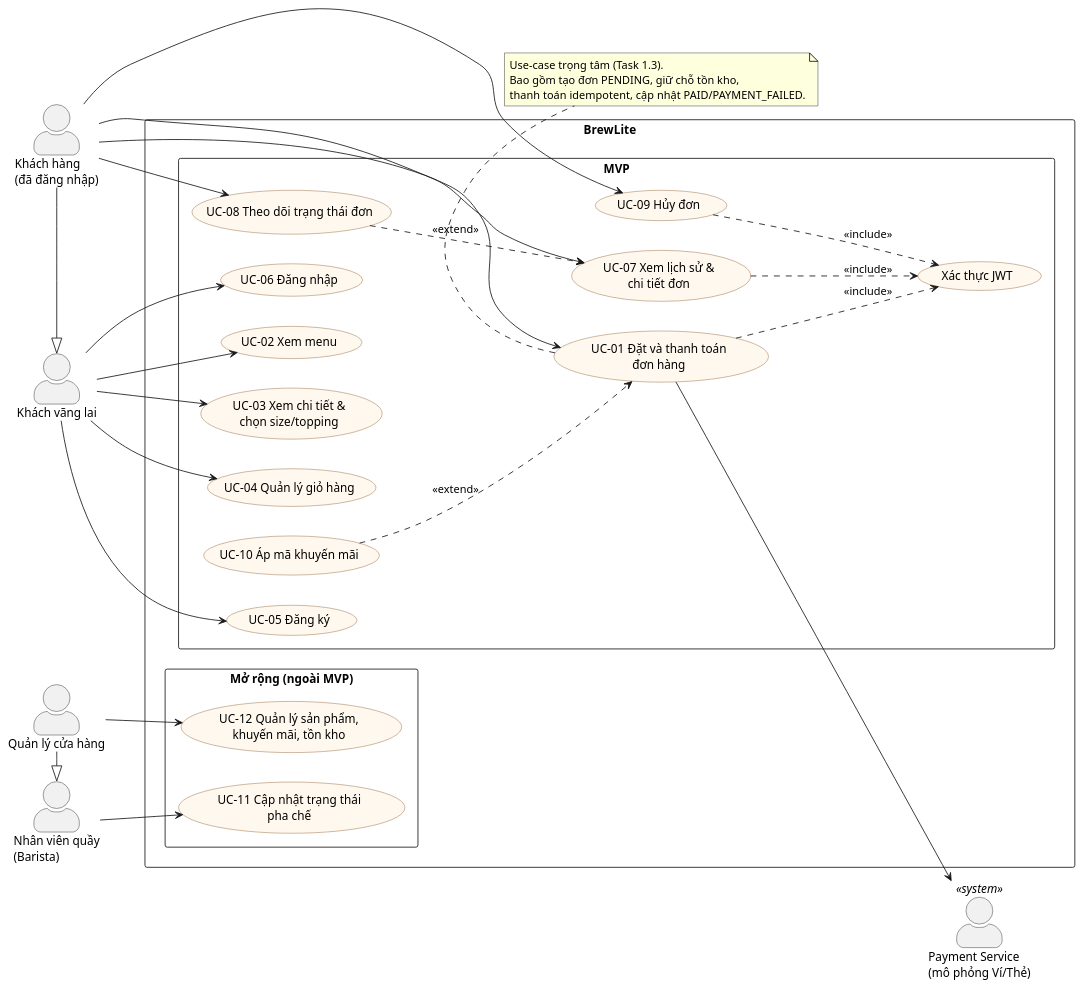
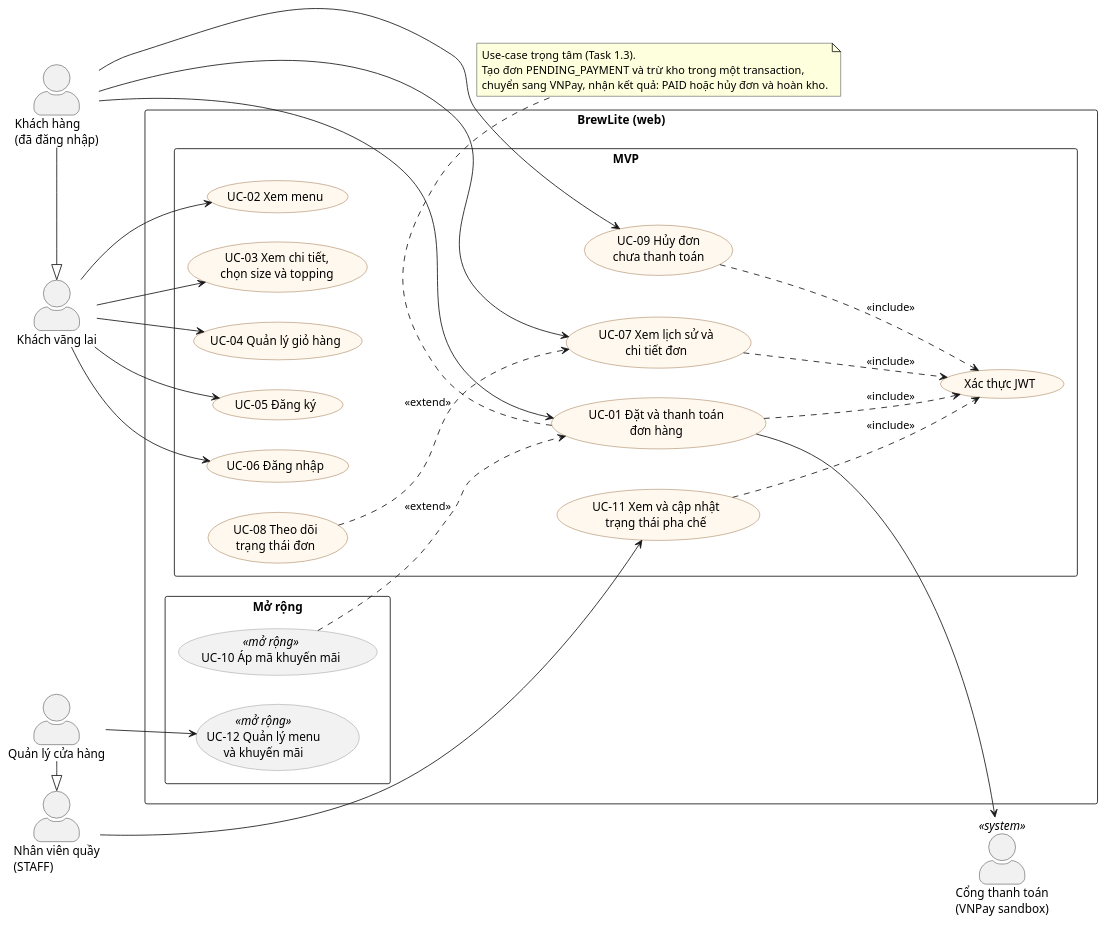
One commit to NguyenphamThaitu/FE_brewlite_hk1 changed the diagram in docs/diagrams/usecase-overview.puml. Above: the diagram before and after it, drawn with PlantUML. The commit also changed 4 other files, not shown here.

First line of the commit message:
docs(task-1): align use-case diagram with agreed scope and merged API

```diff
--- a/docs/diagrams/usecase-overview.puml
+++ b/docs/diagrams/usecase-overview.puml
@@ -1,69 +1,71 @@
 @startuml usecase-overview
 ' BrewLite - So do use-case tong quat (Task 1.2)
-' Nguon: docs/requirements/use-case-overview.md
+' Mo ta: docs/requirements/use-case-overview.md
 left to right direction
 skinparam packageStyle rectangle
 skinparam actorStyle awesome
+skinparam shadowing false
 skinparam usecase {
   BackgroundColor #FFF8EE
   BorderColor #8A5A2B
+  BackgroundColor<<mở rộng>> #F2F2F2
+  BorderColor<<mở rộng>> #888888
 }
-skinparam shadowing false
 
 actor "Khách vãng lai" as Guest
 actor "Khách hàng\n(đã đăng nhập)" as Customer
-actor "Nhân viên quầy\n(Barista)" as Staff
+actor "Nhân viên quầy\n(STAFF)" as Staff
 actor "Quản lý cửa hàng" as Manager
-actor "Payment Service\n(mô phỏng Ví/Thẻ)" as Pay <<system>>
+actor "Cổng thanh toán\n(VNPay sandbox)" as Pay <<system>>
 
 Customer -|> Guest
+Manager -|> Staff
 
-rectangle "BrewLite" {
+rectangle "BrewLite (web)" {
   package "MVP" {
     usecase "UC-02 Xem menu" as UC02
-    usecase "UC-03 Xem chi tiết &\nchọn size/topping" as UC03
+    usecase "UC-03 Xem chi tiết,\nchọn size và topping" as UC03
     usecase "UC-04 Quản lý giỏ hàng" as UC04
     usecase "UC-05 Đăng ký" as UC05
     usecase "UC-06 Đăng nhập" as UC06
     usecase "UC-01 Đặt và thanh toán\nđơn hàng" as UC01
     usecase "Xác thực JWT" as AUTH
-    usecase "UC-10 Áp mã khuyến mãi" as UC10
-    usecase "UC-07 Xem lịch sử &\nchi tiết đơn" as UC07
-    usecase "UC-08 Theo dõi trạng thái đơn" as UC08
-    usecase "UC-09 Hủy đơn" as UC09
+    usecase "UC-07 Xem lịch sử và\nchi tiết đơn" as UC07
+    usecase "UC-08 Theo dõi\ntrạng thái đơn" as UC08
+    usecase "UC-09 Hủy đơn\nchưa thanh toán" as UC09
+    usecase "UC-11 Xem và cập nhật\ntrạng thái pha chế" as UC11
   }
-  package "Mở rộng (ngoài MVP)" {
-    usecase "UC-11 Cập nhật trạng thái\npha chế" as UC11
-    usecase "UC-12 Quản lý sản phẩm,\nkhuyến mãi, tồn kho" as UC12
+  package "Mở rộng" {
+    usecase "UC-10 Áp mã khuyến mãi" as UC10 <<mở rộng>>
+    usecase "UC-12 Quản lý menu\nvà khuyến mãi" as UC12 <<mở rộng>>
   }
 }
 
 Guest --> UC02
 Guest --> UC03
 Guest --> UC04
 Guest --> UC05
 Guest --> UC06
 
 Customer --> UC01
 Customer --> UC07
-Customer --> UC08
 Customer --> UC09
 
 UC01 --> Pay
 
 UC01 ..> AUTH : <<include>>
 UC07 ..> AUTH : <<include>>
 UC09 ..> AUTH : <<include>>
+UC11 ..> AUTH : <<include>>
+UC08 ..> UC07 : <<extend>>
 UC10 ..> UC01 : <<extend>>
-UC08 ..> UC07 : <<extend>>
 
 Staff --> UC11
 Manager --> UC12
-Manager -|> Staff
 
 note bottom of UC01
   Use-case trọng tâm (Task 1.3).
-  Bao gồm tạo đơn PENDING, giữ chỗ tồn kho,
-  thanh toán idempotent, cập nhật PAID/PAYMENT_FAILED.
+  Tạo đơn PENDING_PAYMENT và trừ kho trong một transaction,
+  chuyển sang VNPay, nhận kết quả: PAID hoặc hủy đơn và hoàn kho.
 end note
 @enduml
```
